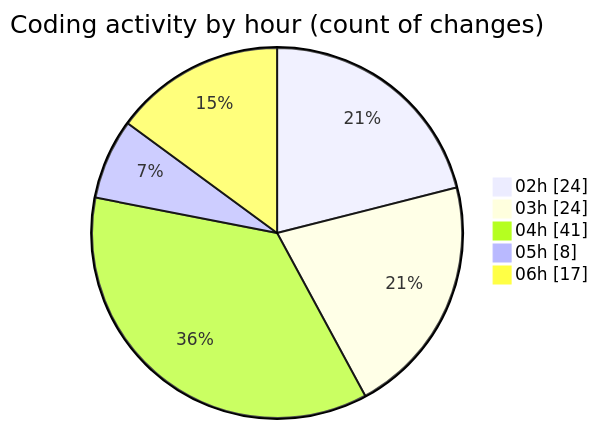
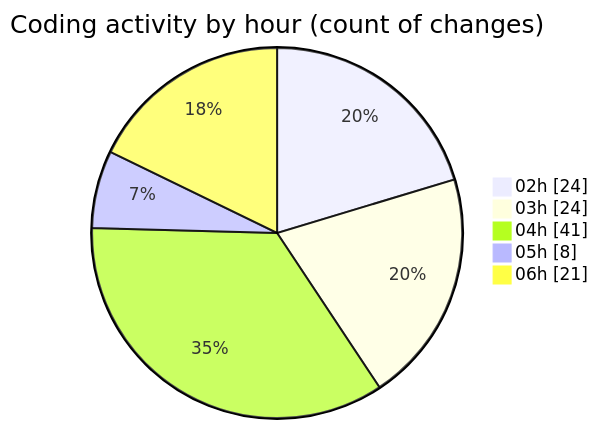
One commit to lephambinh05/code-tracking changed the second of 2 diagrams in 2025-07-23/quanlyrapchieuphim/README.md. Above: the diagram before and after it, drawn with Mermaid. The commit also changed other lines of this file and 1 other file, not shown here.

````diff
--- a/2025-07-23/quanlyrapchieuphim/README.md
+++ b/2025-07-23/quanlyrapchieuphim/README.md
@@ -40,9 +40,9 @@
 ```mermaid
 pie showData
 title Coding activity by hour (count of changes)
 "02h" : 24
 "03h" : 24
 "04h" : 41
 "05h" : 8
-"06h" : 17
+"06h" : 21
 ```
````
